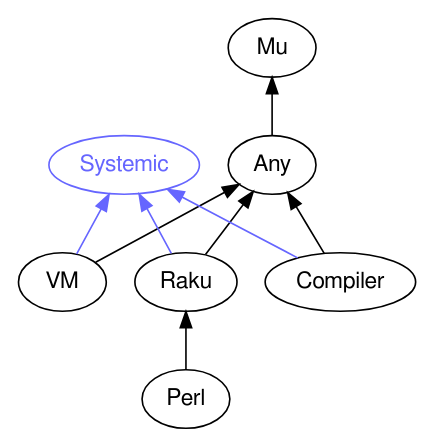
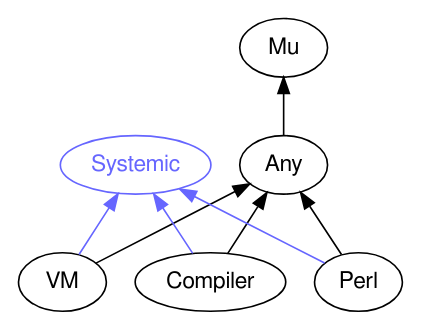
Before and after one commit to rakudocs/rakudocs.github.io: the diagram in images/type-graph-Systemic.svg.dot, drawn with Graphviz. The commit also changed 2332 other files, not shown here.

```diff
--- a/images/type-graph-Systemic.svg.dot
+++ b/images/type-graph-Systemic.svg.dot
@@ -1,26 +1,23 @@
 digraph "perl6-type-graph" {
     rankdir=BT;
     splines=polyline;
     overlap=false; 
-    graph [truecolor=true bgcolor="#FFFFFF"];
     // Types
     "Systemic" [color="#6666FF", fontcolor="#6666FF", href="/type/Systemic", fontname="FreeSans"];
     "Mu" [color="#000000", fontcolor="#000000", href="/type/Mu", fontname="FreeSans"];
     "Any" [color="#000000", fontcolor="#000000", href="/type/Any", fontname="FreeSans"];
     "VM" [color="#000000", fontcolor="#000000", href="/type/VM", fontname="FreeSans"];
-    "Raku" [color="#000000", fontcolor="#000000", href="/type/Raku", fontname="FreeSans"];
     "Compiler" [color="#000000", fontcolor="#000000", href="/type/Compiler", fontname="FreeSans"];
     "Perl" [color="#000000", fontcolor="#000000", href="/type/Perl", fontname="FreeSans"];
 
     // Superclasses
     "Any" -> "Mu" [color="#000000"];
     "VM" -> "Any" [color="#000000"];
-    "Raku" -> "Any" [color="#000000"];
     "Compiler" -> "Any" [color="#000000"];
-    "Perl" -> "Raku" [color="#000000"];
+    "Perl" -> "Any" [color="#000000"];
 
     // Roles
     "VM" -> "Systemic" [color="#6666FF"];
-    "Raku" -> "Systemic" [color="#6666FF"];
     "Compiler" -> "Systemic" [color="#6666FF"];
+    "Perl" -> "Systemic" [color="#6666FF"];
 }
```
